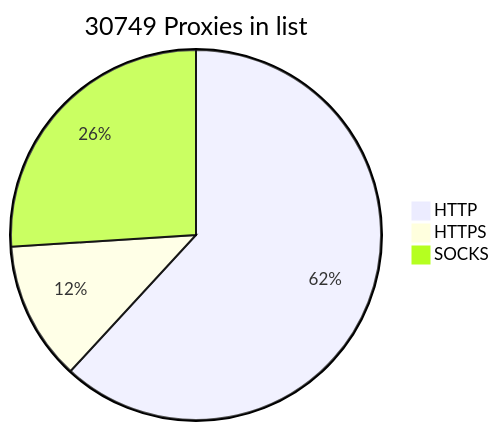
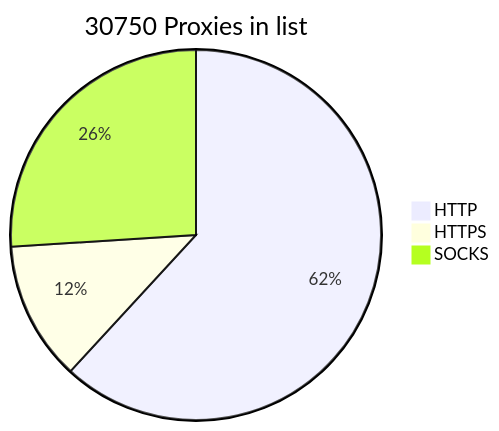
One commit to BlackSnowDot/proxylist-update-every-minute changed the diagram in README.md. Above: the diagram before and after it, drawn with Mermaid.

````diff
--- a/README.md
+++ b/README.md
@@ -2,6 +2,6 @@
 ```mermaid
-pie title 30749 Proxies in list
+pie title 30750 Proxies in list
     "HTTP" : 20917
     "HTTPS": 4105
-    "SOCKS" : 8797
+    "SOCKS" : 8798
 ```
````
